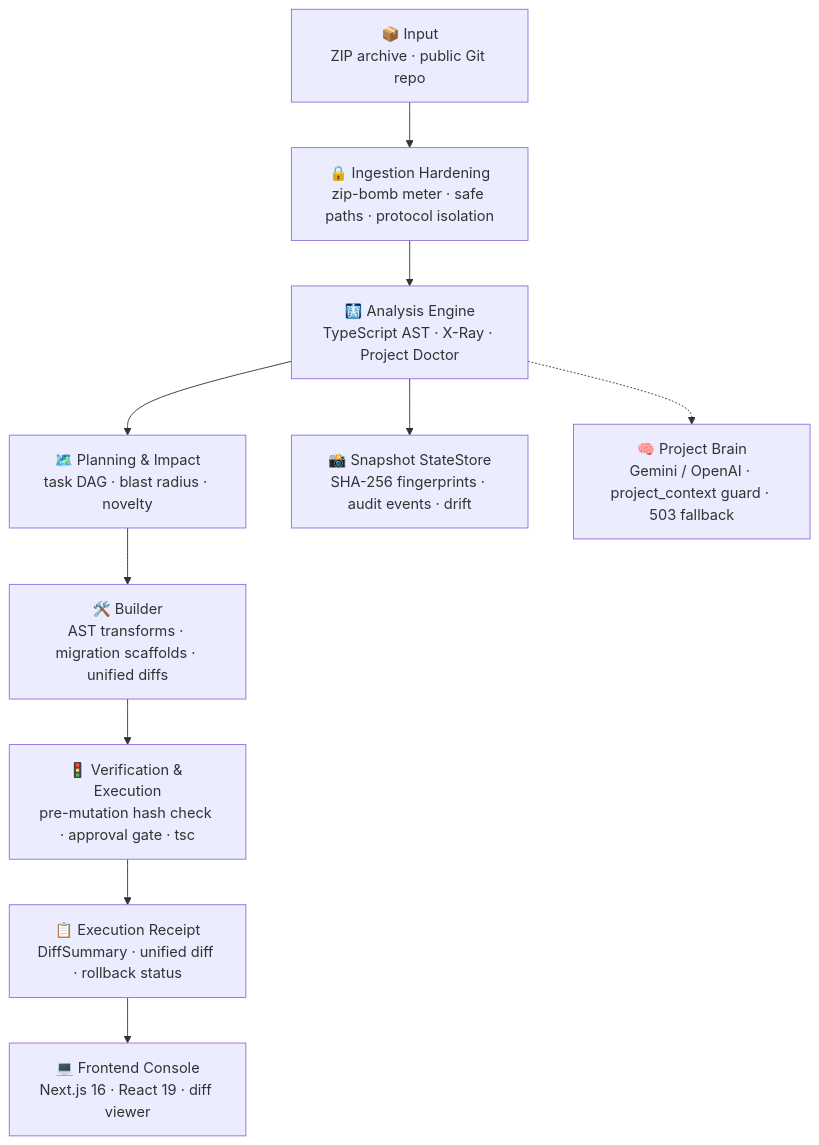
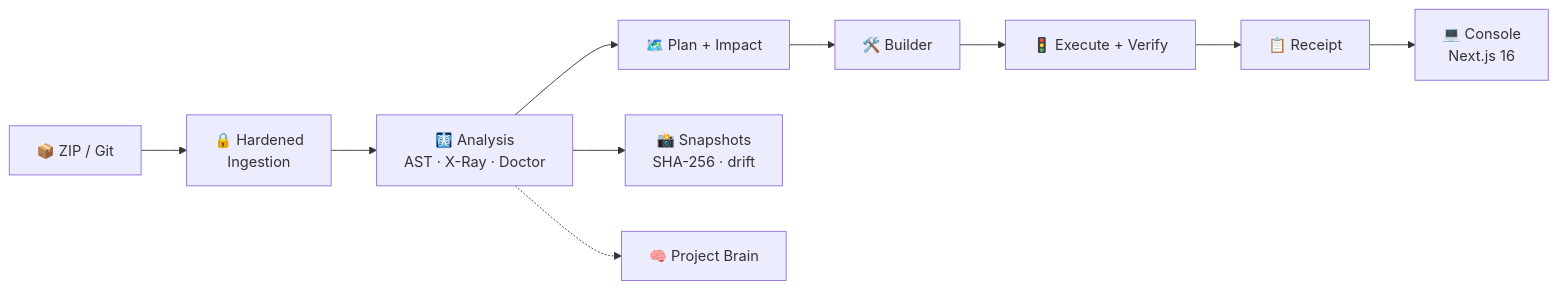
Before and after one commit to Crusty-chirayu/ReForge: the third of 3 diagrams in README.md, drawn with Mermaid. The commit also changed other lines of this file, not shown here.

````diff
--- a/README.md
+++ b/README.md
@@ -73,12 +110,12 @@
 ```mermaid
-flowchart TD
-    A["📦 Input<br/>ZIP archive · public Git repo"] --> B["🔒 Ingestion Hardening<br/>zip-bomb meter · safe paths · protocol isolation"]
-    B --> C["🩻 Analysis Engine<br/>TypeScript AST · X-Ray · Project Doctor"]
-    C --> D["🗺️ Planning & Impact<br/>task DAG · blast radius · novelty"]
-    C --> E["📸 Snapshot StateStore<br/>SHA-256 fingerprints · audit events · drift"]
-    D --> F["🛠️ Builder<br/>AST transforms · migration scaffolds · unified diffs"]
-    F --> G["🚦 Verification & Execution<br/>pre-mutation hash check · approval gate · tsc"]
-    G --> H["📋 Execution Receipt<br/>DiffSummary · unified diff · rollback status"]
-    C -.-> I["🧠 Project Brain<br/>Gemini / OpenAI · project_context guard · 503 fallback"]
-    H --> J["💻 Frontend Console<br/>Next.js 16 · React 19 · diff viewer"]
+flowchart LR
+    A["📦 ZIP / Git"] --> B["🔒 Hardened<br/>Ingestion"]
+    B --> C["🩻 Analysis<br/>AST · X-Ray · Doctor"]
+    C --> D["🗺️ Plan + Impact"]
+    C --> E["📸 Snapshots<br/>SHA-256 · drift"]
+    D --> F["🛠️ Builder"]
+    F --> G["🚦 Execute + Verify"]
+    G --> H["📋 Receipt"]
+    C -.-> I["🧠 Project Brain"]
+    H --> J["💻 Console<br/>Next.js 16"]
 ```
````
